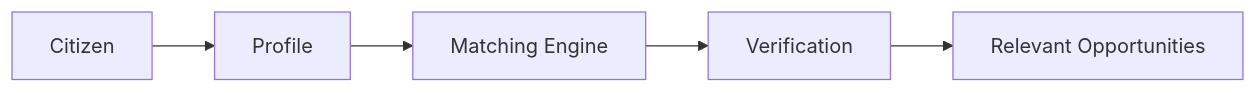
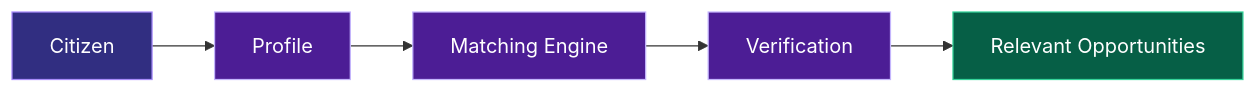
Before and after one commit to heeraOp/heeraOp: the first of 6 diagrams in README.md, drawn with Mermaid. The commit also changed other lines of this file, not shown here.

````diff
--- a/README.md
+++ b/README.md
@@ -92,7 +100,15 @@
 ```mermaid
 flowchart LR
     A[Citizen] --> B[Profile]
     B --> C[Matching Engine]
     C --> D[Verification]
     D --> E[Relevant Opportunities]
+
+    classDef input fill:#312E81,stroke:#A78BFA,color:#fff
+    classDef process fill:#4C1D95,stroke:#C4B5FD,color:#fff
+    classDef output fill:#065F46,stroke:#34D399,color:#fff
+
+    class A input
+    class B,C,D process
+    class E output
 ```
````
